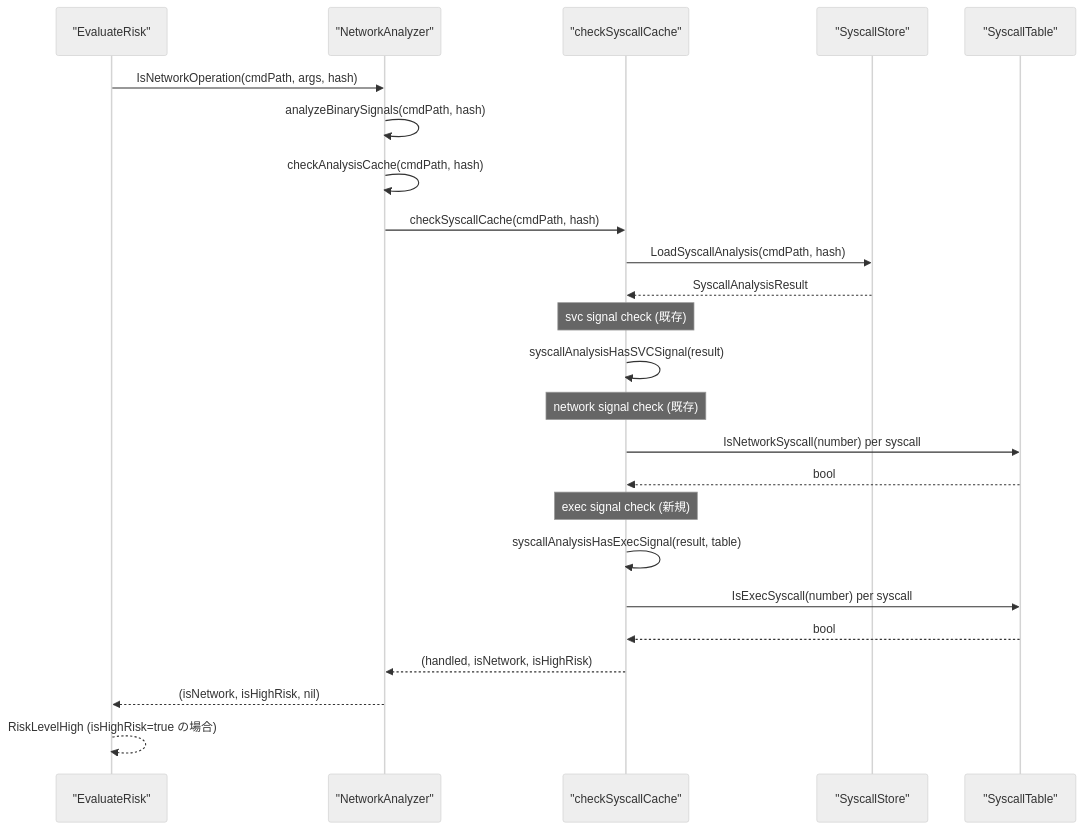
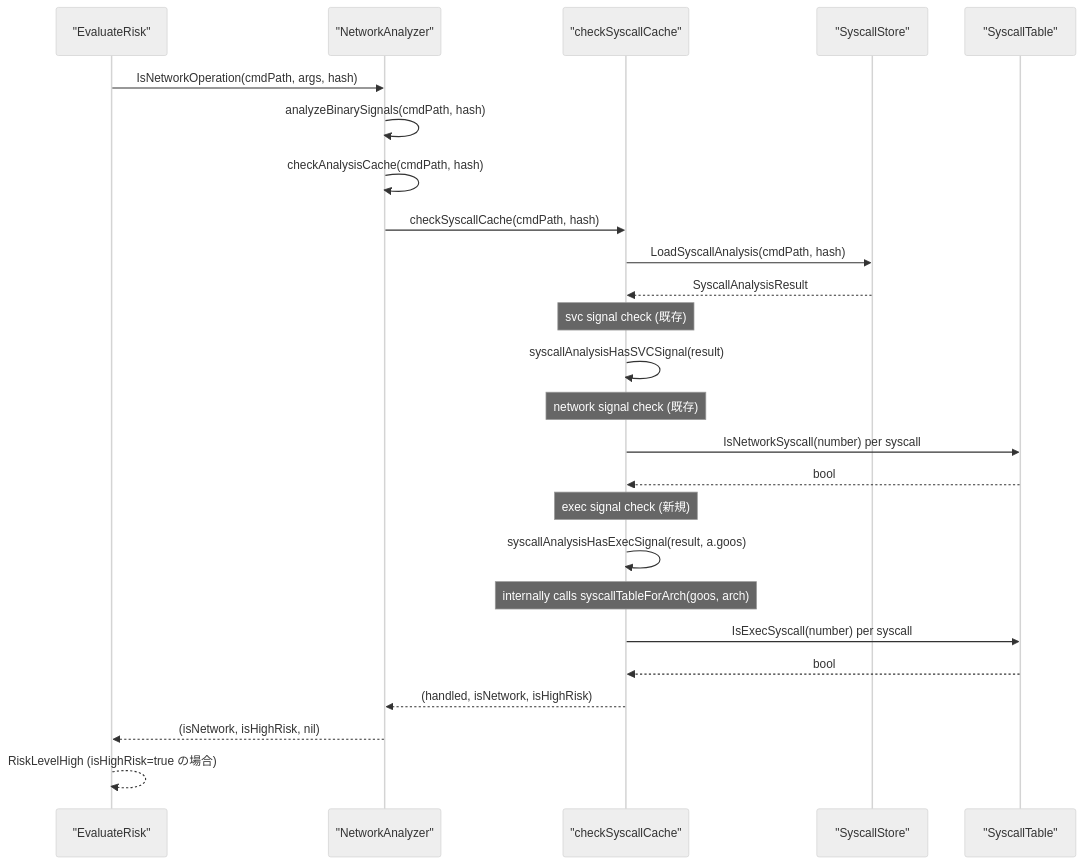
The eighth of 10 diagrams in docs/tasks/0128_exec_syscall_detection/02_architecture.md (isseis/go-safe-cmd-runner), drawn with Mermaid (neutral theme) before and after one commit.

Commit message:
docs(task-0128): fix syscallAnalysisHasExecSignal signature in sequence diagram
The helper takes (result, goos string) and calls syscallTableForArch internally,
matching syscallAnalysisHasNetworkSignal. Correct the diagram which incorrectly
showed (result, table).

````diff
--- a/docs/tasks/0128_exec_syscall_detection/02_architecture.md
+++ b/docs/tasks/0128_exec_syscall_detection/02_architecture.md
@@ -214,31 +214,32 @@
 ```mermaid
 sequenceDiagram
     participant E as "EvaluateRisk"
     participant NA as "NetworkAnalyzer"
     participant CC as "checkSyscallCache"
     participant SS as "SyscallStore"
     participant ST as "SyscallTable"
 
     E->>NA: IsNetworkOperation(cmdPath, args, hash)
     NA->>NA: analyzeBinarySignals(cmdPath, hash)
     NA->>NA: checkAnalysisCache(cmdPath, hash)
     NA->>CC: checkSyscallCache(cmdPath, hash)
     CC->>SS: LoadSyscallAnalysis(cmdPath, hash)
     SS-->>CC: SyscallAnalysisResult
 
     Note over CC: svc signal check (既存)
     CC->>CC: syscallAnalysisHasSVCSignal(result)
 
     Note over CC: network signal check (既存)
     CC->>ST: IsNetworkSyscall(number) per syscall
     ST-->>CC: bool
 
     Note over CC: exec signal check (新規)
-    CC->>CC: syscallAnalysisHasExecSignal(result, table)
+    CC->>CC: syscallAnalysisHasExecSignal(result, a.goos)
+    Note over CC: internally calls syscallTableForArch(goos, arch)
     CC->>ST: IsExecSyscall(number) per syscall
     ST-->>CC: bool
 
     CC-->>NA: (handled, isNetwork, isHighRisk)
     NA-->>E: (isNetwork, isHighRisk, nil)
     E-->>E: RiskLevelHigh (isHighRisk=true の場合)
 ```
````
